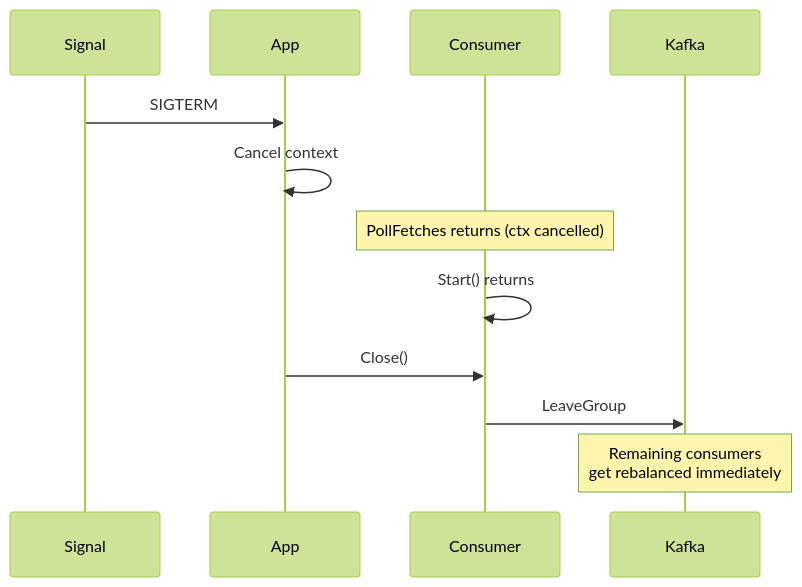
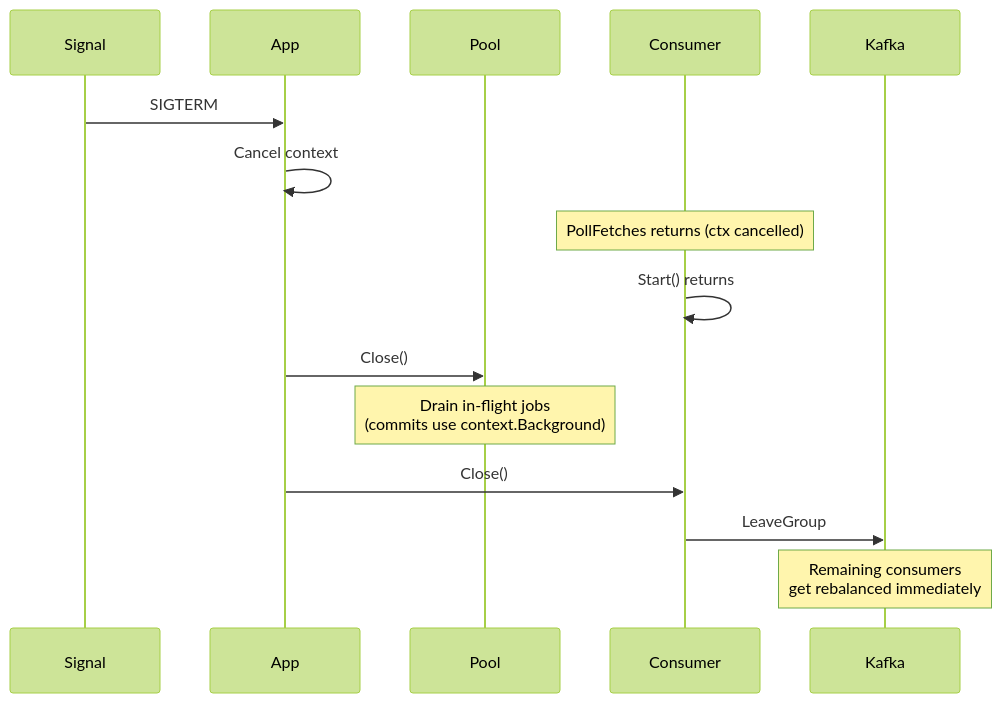
The fifth of 10 diagrams in kafka/README.md (matmazurk/oidc-keepie), drawn with Mermaid (forest theme) before and after one commit. The commit also changed other lines of this file and 1 other file, not shown here.

First line of the commit message:
docs: update kafka and pool READMEs

````diff
--- a/kafka/README.md
+++ b/kafka/README.md
@@ -184,15 +221,18 @@
 ```mermaid
 sequenceDiagram
     participant Signal
     participant App
+    participant Pool
     participant Consumer
     participant Kafka
 
     Signal->>App: SIGTERM
     App->>App: Cancel context
     Note over Consumer: PollFetches returns (ctx cancelled)
     Consumer->>Consumer: Start() returns
+    App->>Pool: Close()
+    Note over Pool: Drain in-flight jobs<br/>(commits use context.Background)
     App->>Consumer: Close()
     Consumer->>Kafka: LeaveGroup
     Note over Kafka: Remaining consumers<br/>get rebalanced immediately
 ```
````
